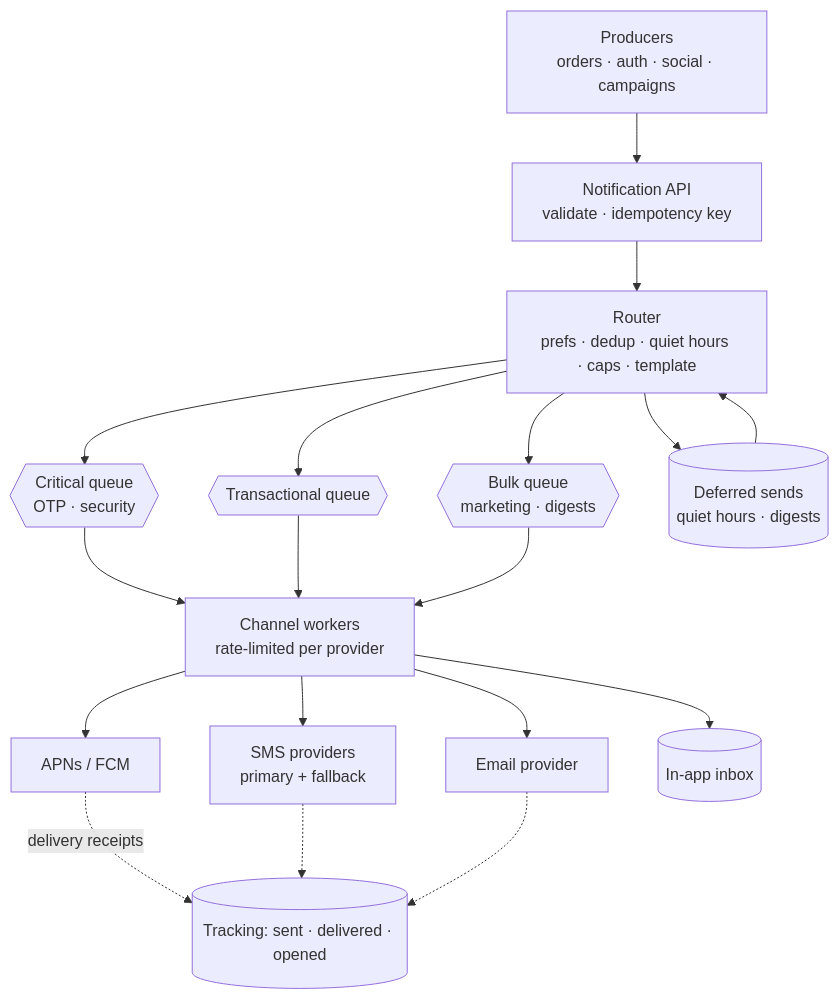
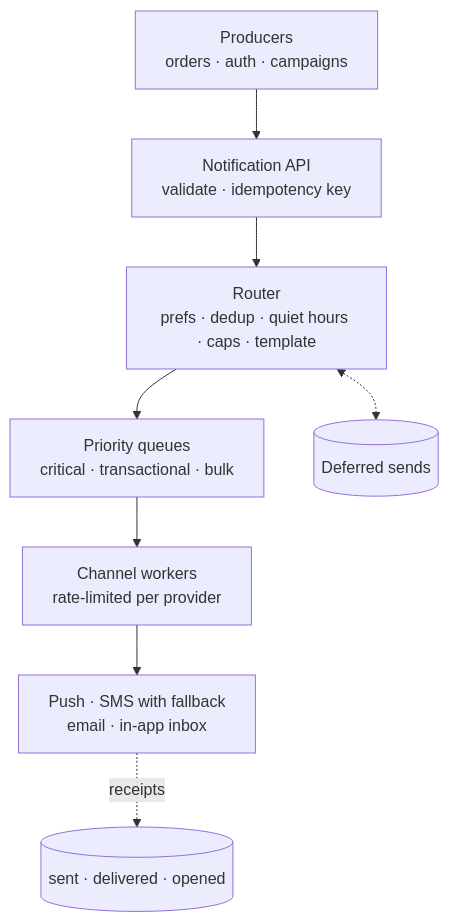
Before and after one commit to dhaval-76/engineering-field-guide: the diagram in src/content/topics/system-design/notification-system/diagrams/notification-pipeline.mmd, drawn with Mermaid. The commit also changed 22 other files, not shown here.

Commit message:
System design diagrams: narrow layouts for phones

```diff
--- a/src/content/topics/system-design/notification-system/diagrams/notification-pipeline.mmd
+++ b/src/content/topics/system-design/notification-system/diagrams/notification-pipeline.mmd
@@ -1,18 +1,8 @@
 flowchart TD
-  P[Producers<br/>orders · auth · social · campaigns] --> API[Notification API<br/>validate · idempotency key]
+  P[Producers<br/>orders · auth · campaigns] --> API[Notification API<br/>validate · idempotency key]
   API --> R[Router<br/>prefs · dedup · quiet hours · caps · template]
-  R --> Q1{{Critical queue<br/>OTP · security}}
-  R --> Q2{{Transactional queue}}
-  R --> Q3{{Bulk queue<br/>marketing · digests}}
-  R --> SCH[(Deferred sends<br/>quiet hours · digests)]
-  SCH --> R
-  Q1 --> W[Channel workers<br/>rate-limited per provider]
-  Q2 --> W
-  Q3 --> W
-  W --> APNS[APNs / FCM]
-  W --> SMS[SMS providers<br/>primary + fallback]
-  W --> EM[Email provider]
-  W --> INBOX[(In-app inbox)]
-  APNS -. delivery receipts .-> TR[(Tracking: sent · delivered · opened)]
-  SMS -.-> TR
-  EM -.-> TR
+  R --> Q[Priority queues<br/>critical · transactional · bulk]
+  R <-.-> SCH[(Deferred sends)]
+  Q --> W[Channel workers<br/>rate-limited per provider]
+  W --> CH[Push · SMS with fallback<br/>email · in-app inbox]
+  CH -. receipts .-> TR[(sent · delivered · opened)]
```
